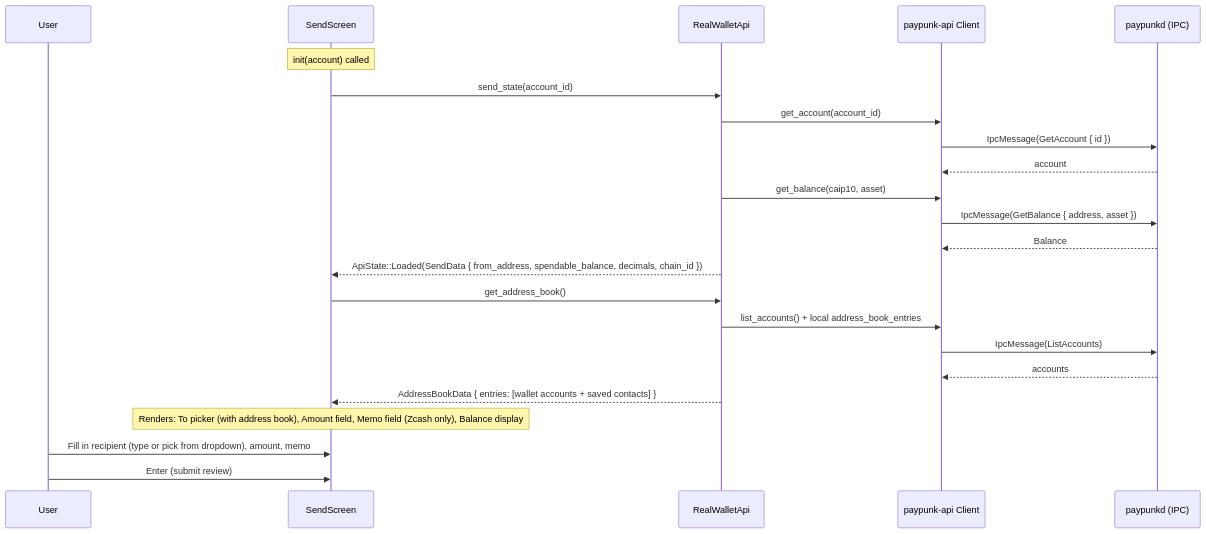
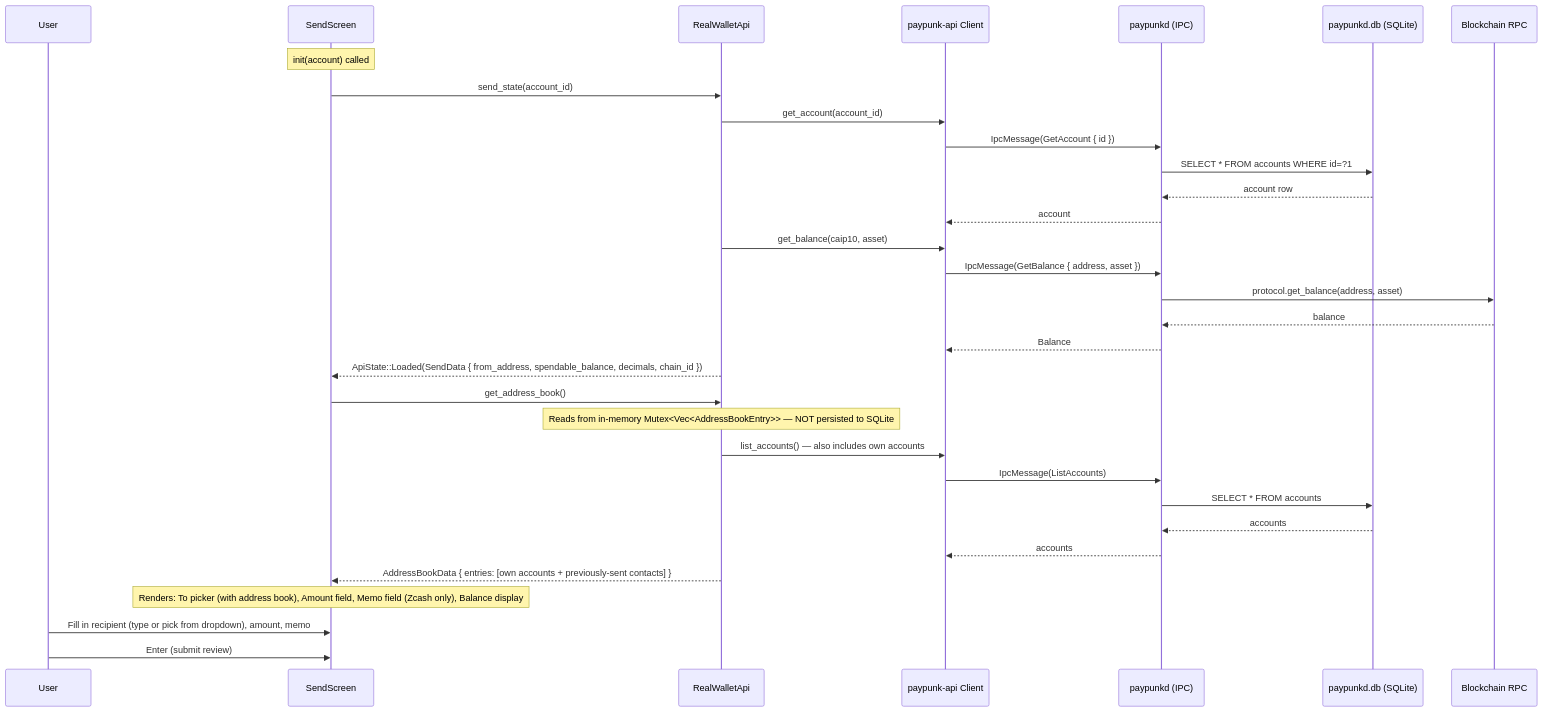
One commit to blockhackersio/paypunk changed the first of 4 diagrams in tui/docs/usecases/06-send.md. Above: the diagram before and after it, drawn with Mermaid. The commit also changed other lines of this file and 9 other files, not shown here.

````diff
--- a/tui/docs/usecases/06-send.md
+++ b/tui/docs/usecases/06-send.md
@@ -9,29 +15,38 @@
 ```mermaid
 sequenceDiagram
     participant U as User
     participant TUI as SendScreen
     participant API as RealWalletApi
     participant Client as paypunk-api Client
     participant paypunkd as paypunkd (IPC)
+    participant SQLite as paypunkd.db (SQLite)
+    participant Chain as Blockchain RPC
 
     Note over TUI: init(account) called
     TUI->>API: send_state(account_id)
     API->>Client: get_account(account_id)
     Client->>paypunkd: IpcMessage(GetAccount { id })
+    paypunkd->>SQLite: SELECT * FROM accounts WHERE id=?1
+    SQLite-->>paypunkd: account row
     paypunkd-->>Client: account
     API->>Client: get_balance(caip10, asset)
     Client->>paypunkd: IpcMessage(GetBalance { address, asset })
+    paypunkd->>Chain: protocol.get_balance(address, asset)
+    Chain-->>paypunkd: balance
     paypunkd-->>Client: Balance
     API-->>TUI: ApiState::Loaded(SendData { from_address, spendable_balance, decimals, chain_id })
 
     TUI->>API: get_address_book()
-    API->>Client: list_accounts() + local address_book_entries
+    Note over API: Reads from in-memory Mutex<Vec<AddressBookEntry>> — NOT persisted to SQLite
+    API->>Client: list_accounts() — also includes own accounts
     Client->>paypunkd: IpcMessage(ListAccounts)
+    paypunkd->>SQLite: SELECT * FROM accounts
+    SQLite-->>paypunkd: accounts
     paypunkd-->>Client: accounts
-    API-->>TUI: AddressBookData { entries: [wallet accounts + saved contacts] }
+    API-->>TUI: AddressBookData { entries: [own accounts + previously-sent contacts] }
 
     Note over TUI: Renders: To picker (with address book), Amount field, Memo field (Zcash only), Balance display
 
     U->>TUI: Fill in recipient (type or pick from dropdown), amount, memo
     U->>TUI: Enter (submit review)
 ```
````
